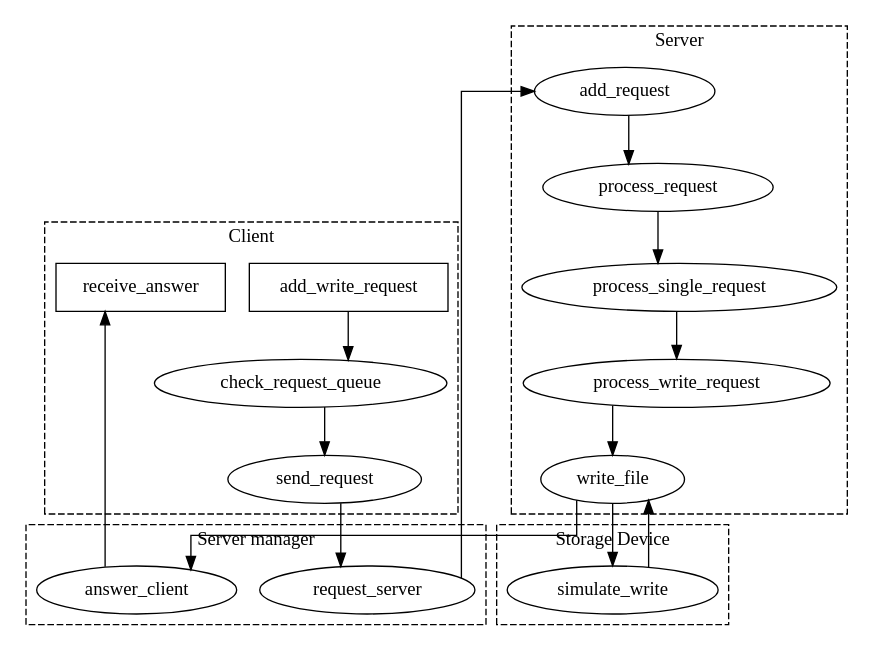
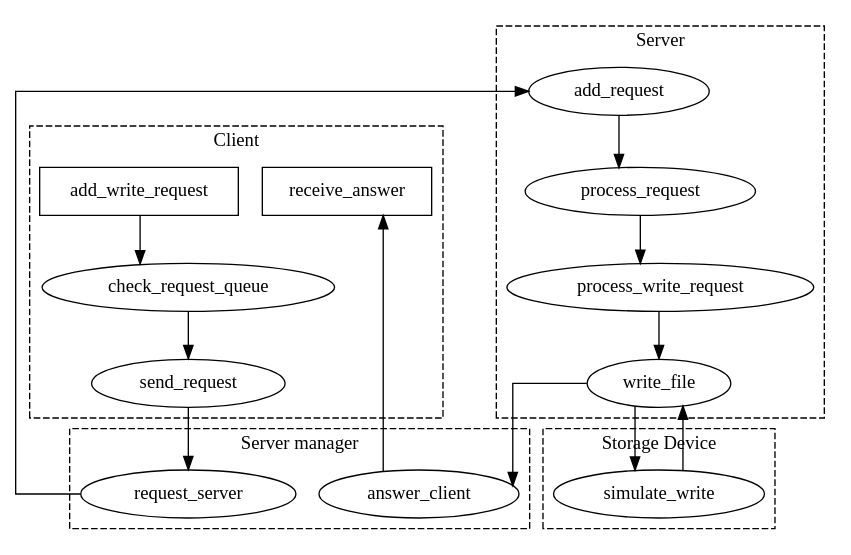
One commit to DanX3/ddn_dht changed the diagram in graphs/SimPy/map.gv. Above: the diagram before and after it, drawn with Graphviz. The commit also changed 8 other files, not shown here.

```diff
--- a/graphs/SimPy/map.gv
+++ b/graphs/SimPy/map.gv
@@ -1,35 +1,34 @@
 digraph {
     mincross=2.0
     style = dashed
     splines=ortho
     subgraph cluster_client {
         label = Client
         add_write_request[shape=box]
         receive_answer[shape=box]
         add_write_request -> check_request_queue -> send_request
     }
 
     send_request -> request_server -> add_request
 
     subgraph cluster_server_manager {
         label = "Server manager"
         request_server
         answer_client
     }
 
     write_file -> answer_client -> receive_answer
 
     subgraph cluster_server {
         label = "Server"
-        add_request -> process_request -> process_single_request
-        process_single_request -> process_write_request -> write_file
+        add_request -> process_request -> process_write_request -> write_file
     }
 
     subgraph cluster_storagedevice {
         label = "Storage Device"
         simulate_write
     }
 
     write_file -> simulate_write
     simulate_write -> write_file
 }
```
